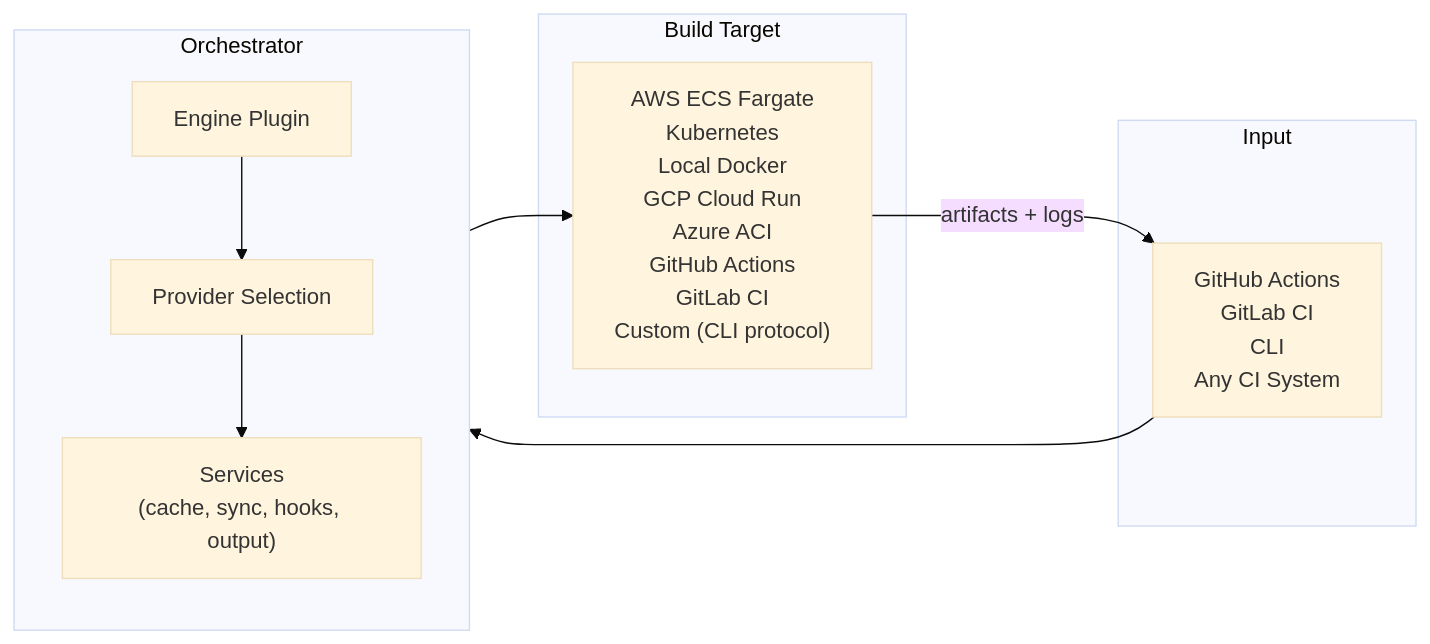
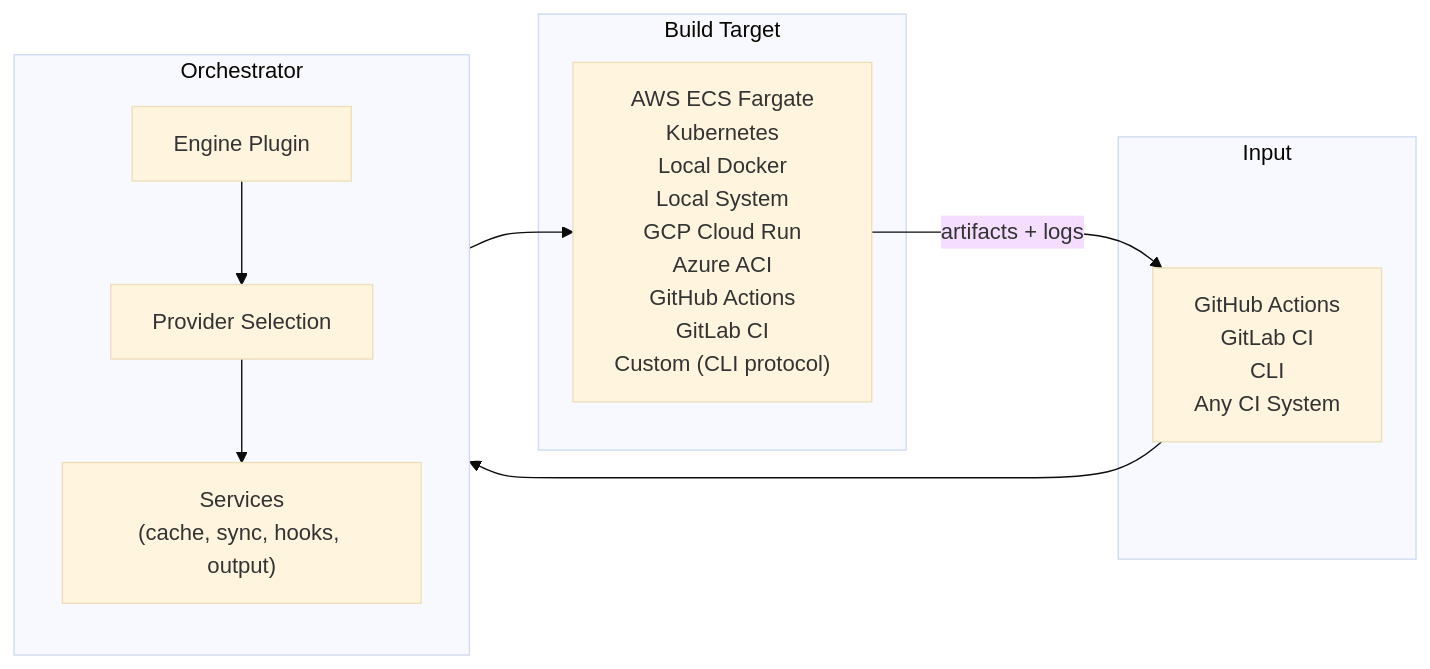
One commit to game-ci/orchestrator changed the first of 6 diagrams in README.md. Above: the diagram before and after it, drawn with Mermaid (base theme). The commit also changed other lines of this file, not shown here.

Commit message:
docs: add local-system provider to README

````diff
--- a/README.md
+++ b/README.md
@@ -7,17 +7,17 @@
 ```mermaid
 flowchart LR
   subgraph input["Input"]
     A["GitHub Actions<br/>GitLab CI<br/>CLI<br/>Any CI System"]
   end
   subgraph orchestrator["Orchestrator"]
     direction TB
     E["Engine Plugin"] --> P["Provider Selection"]
     P --> S["Services<br/>(cache, sync, hooks, output)"]
   end
   subgraph targets["Build Target"]
-    C["AWS ECS Fargate<br/>Kubernetes<br/>Local Docker<br/>GCP Cloud Run<br/>Azure ACI<br/>GitHub Actions<br/>GitLab CI<br/>Custom (CLI protocol)"]
+    C["AWS ECS Fargate<br/>Kubernetes<br/>Local Docker<br/>Local System<br/>GCP Cloud Run<br/>Azure ACI<br/>GitHub Actions<br/>GitLab CI<br/>Custom (CLI protocol)"]
   end
   A --> E
   S --> C
   C -- "artifacts + logs" --> A
 ```
````
